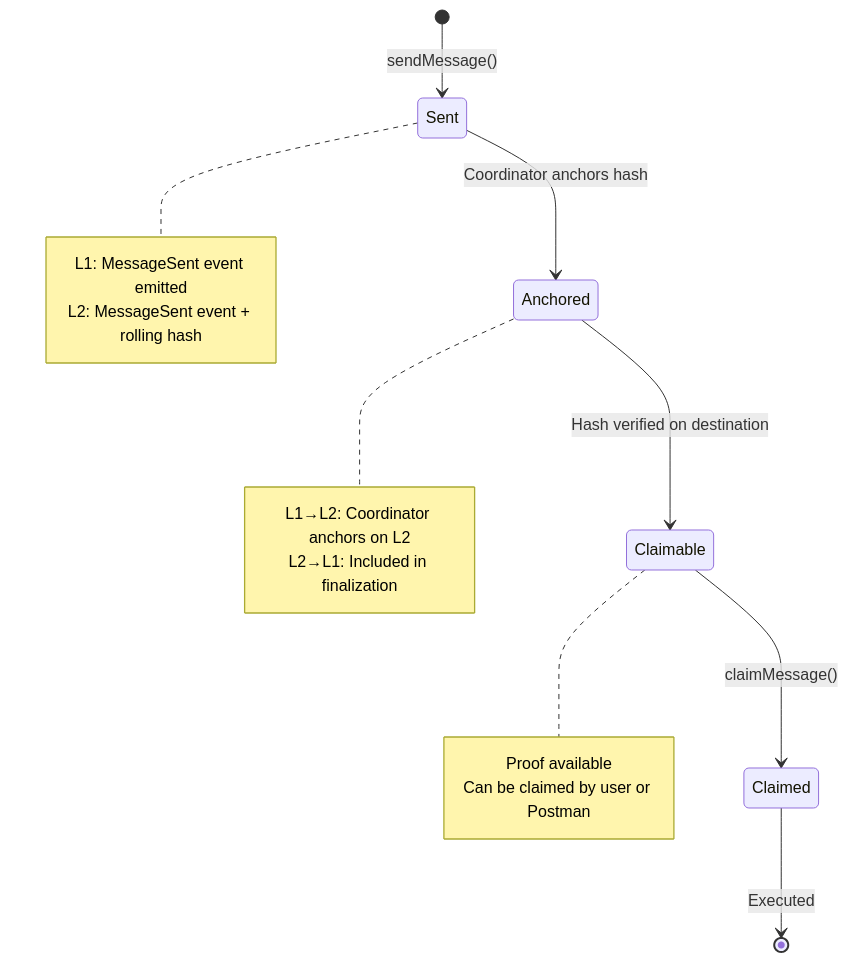
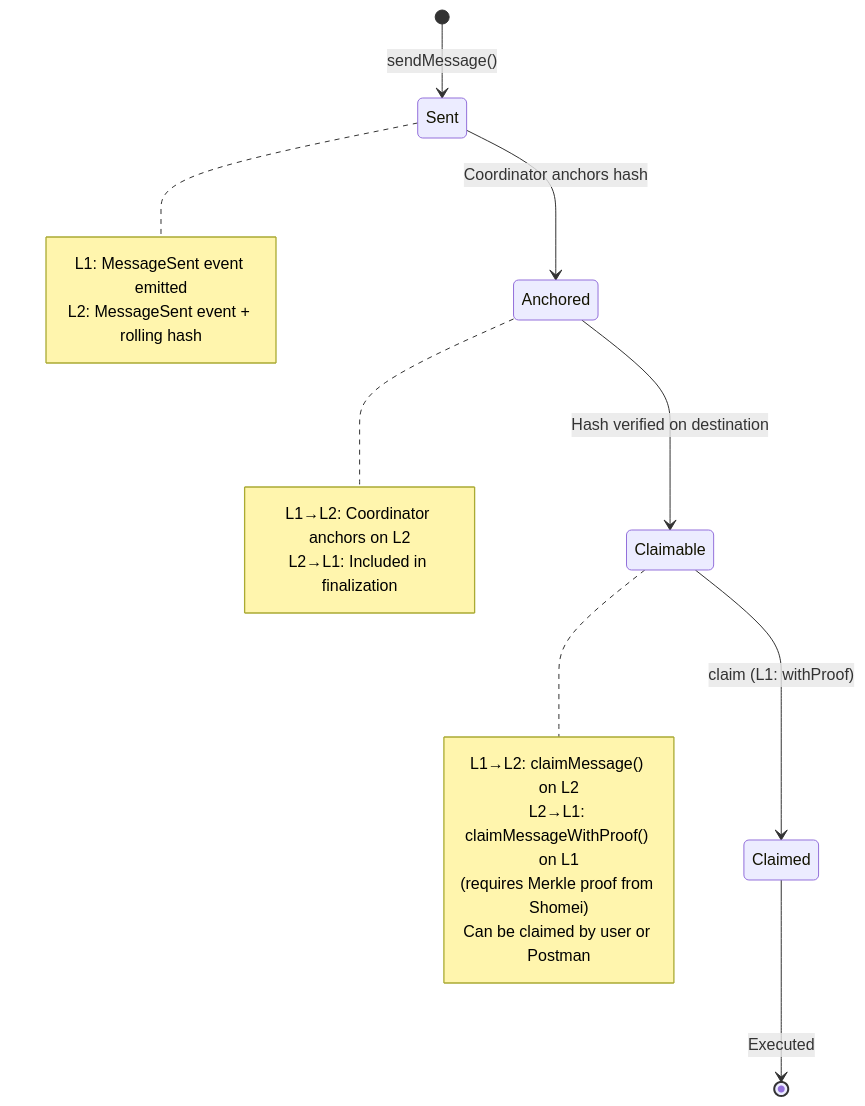
Before and after one commit to Consensys/linea-monorepo: the diagram in documentation/diagrams/message-lifecycle.mmd, drawn with Mermaid. The commit also changed 5 other files, not shown here.

Commit message:
claimMessageWithProof

```diff
--- a/documentation/diagrams/message-lifecycle.mmd
+++ b/documentation/diagrams/message-lifecycle.mmd
@@ -1,22 +1,24 @@
 %% Message Lifecycle
 stateDiagram-v2
     [*] --> Sent: sendMessage()
     Sent --> Anchored: Coordinator anchors hash
     Anchored --> Claimable: Hash verified on destination
-    Claimable --> Claimed: claimMessage()
+    Claimable --> Claimed: claim (L1: withProof)
     Claimed --> [*]: Executed
 
     note right of Sent
         L1: MessageSent event emitted
         L2: MessageSent event + rolling hash
     end note
 
     note right of Anchored
         L1→L2: Coordinator anchors on L2
         L2→L1: Included in finalization
     end note
 
     note right of Claimable
-        Proof available
+        L1→L2: claimMessage() on L2
+        L2→L1: claimMessageWithProof() on L1
+        (requires Merkle proof from Shomei)
         Can be claimed by user or Postman
     end note
```
